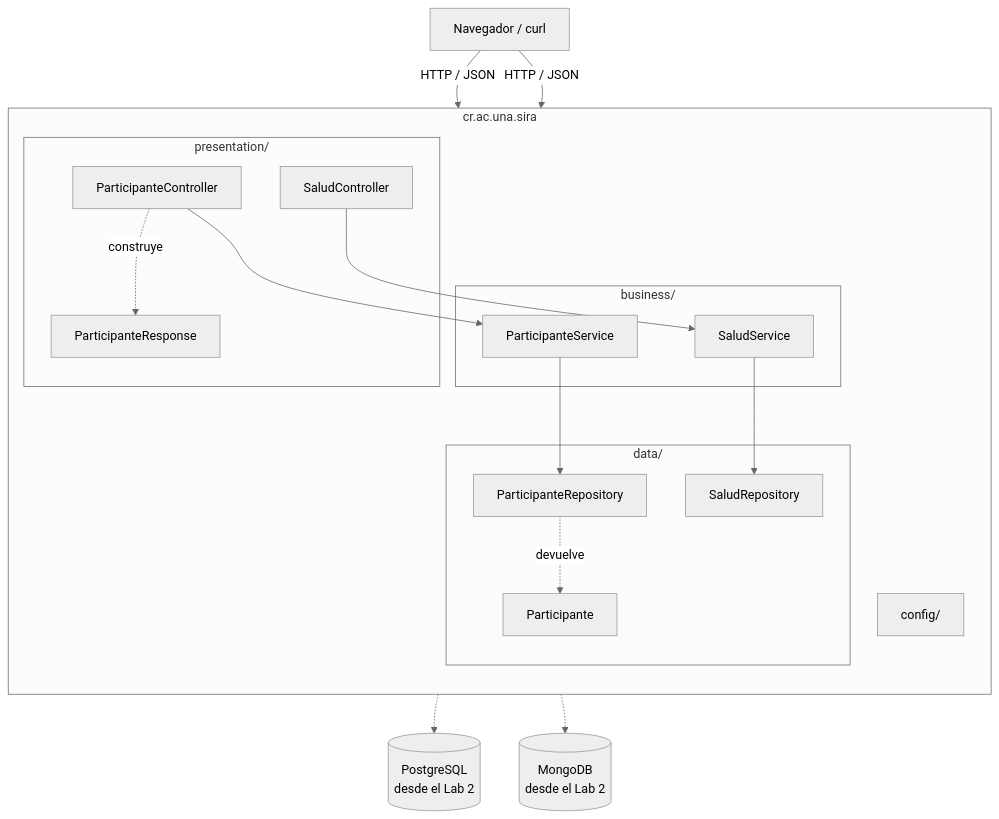
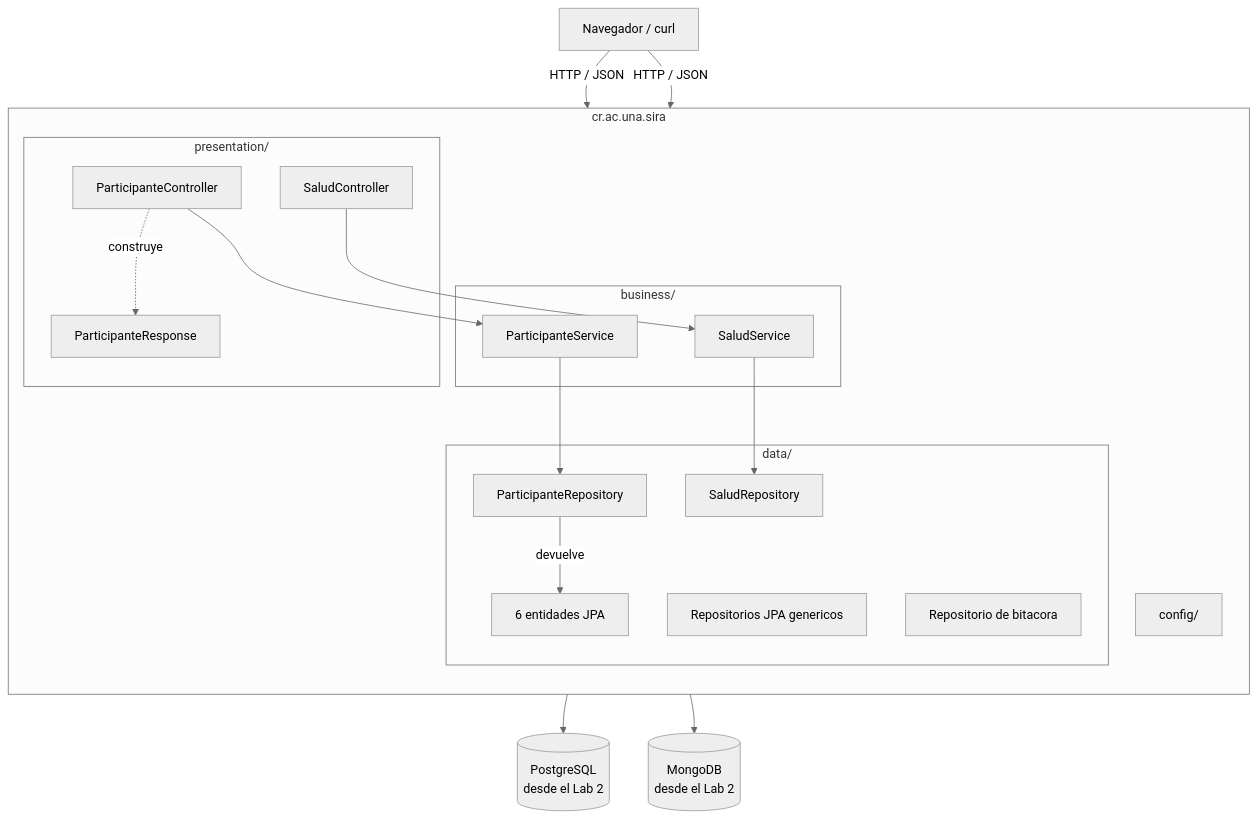
The first of 2 diagrams in docs/arquitectura.md (cerdasanthony/sira-eif509), drawn with Mermaid (neutral theme) before and after one commit. The commit also changed other lines of this file and 34 other files, not shown here.

````diff
--- a/docs/arquitectura.md
+++ b/docs/arquitectura.md
@@ -7,41 +7,43 @@
 ```mermaid
 flowchart TB
     NAV["Navegador / curl"]
 
     subgraph app["cr.ac.una.sira"]
         direction TB
 
         subgraph pres["presentation/"]
             SC["SaludController"]
             PC["ParticipanteController"]
             DTO["ParticipanteResponse"]
         end
 
         subgraph biz["business/"]
             SS["SaludService"]
             PS["ParticipanteService"]
         end
 
         subgraph dat["data/"]
             SR["SaludRepository"]
             PR["ParticipanteRepository"]
-            MOD["Participante"]
+            JPA["6 entidades JPA"]
+            REPOS["Repositorios JPA genericos"]
+            MONGO["Repositorio de bitacora"]
         end
 
         CFG["config/"]
     end
 
     PG[("PostgreSQL<br/>desde el Lab 2")]
     MG[("MongoDB<br/>desde el Lab 2")]
 
     NAV -->|HTTP / JSON| SC
     NAV -->|HTTP / JSON| PC
     PC -.->|construye| DTO
     SC --> SS
     PC --> PS
     SS --> SR
     PS --> PR
-    PR -.->|devuelve| MOD
-    PR -.-> PG
-    PR -.-> MG
+    PR -->|devuelve| JPA
+    REPOS --> PG
+    MONGO --> MG
 ```
````
